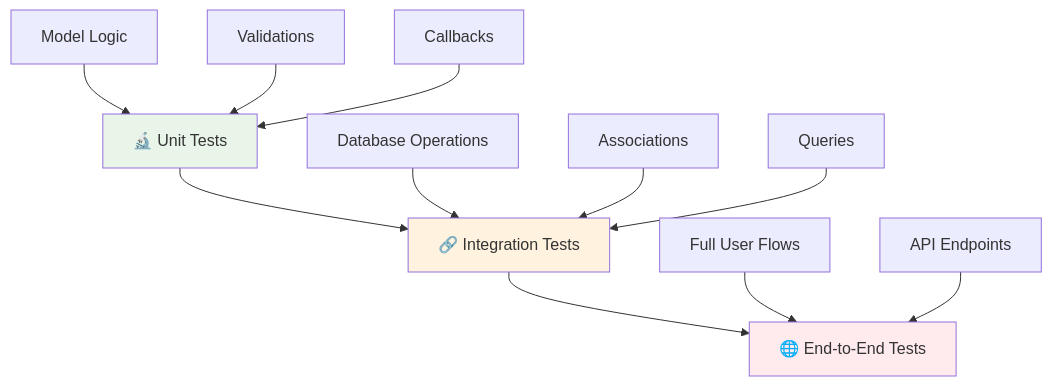
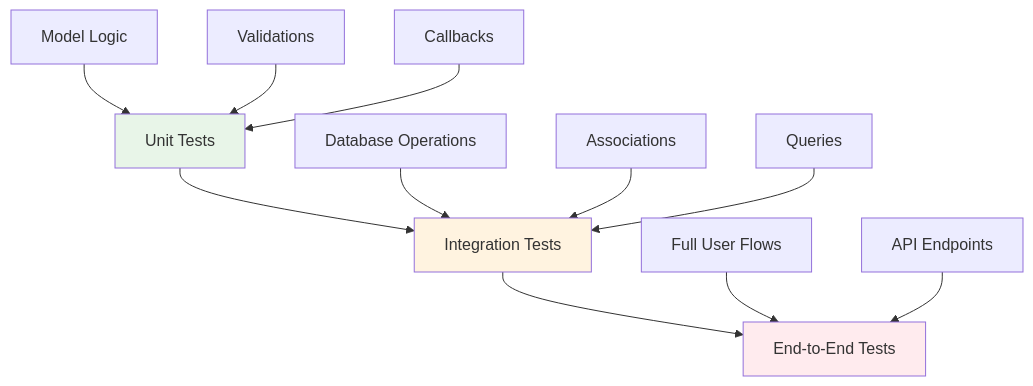
The diagram in docs/advanced-topics/testing-strategies.md (azutoolkit/cql), drawn with Mermaid before and after one commit. The commit also changed other lines of this file and 12 other files, not shown here.

````diff
--- a/docs/advanced-topics/testing-strategies.md
+++ b/docs/advanced-topics/testing-strategies.md
@@ -32,20 +13,20 @@
 ```mermaid fullWidth="true"
 graph TD
-    A[🔬 Unit Tests] --> B[🔗 Integration Tests]
-    B --> C[🌐 End-to-End Tests]
+    A[Unit Tests] --> B[Integration Tests]
+    B --> C[End-to-End Tests]
 
     A1[Model Logic] --> A
     A2[Validations] --> A
     A3[Callbacks] --> A
 
     B1[Database Operations] --> B
     B2[Associations] --> B
     B3[Queries] --> B
 
     C1[Full User Flows] --> C
     C2[API Endpoints] --> C
 
     style A fill:#e8f5e8
     style B fill:#fff3e0
     style C fill:#ffebee
 ```
````
